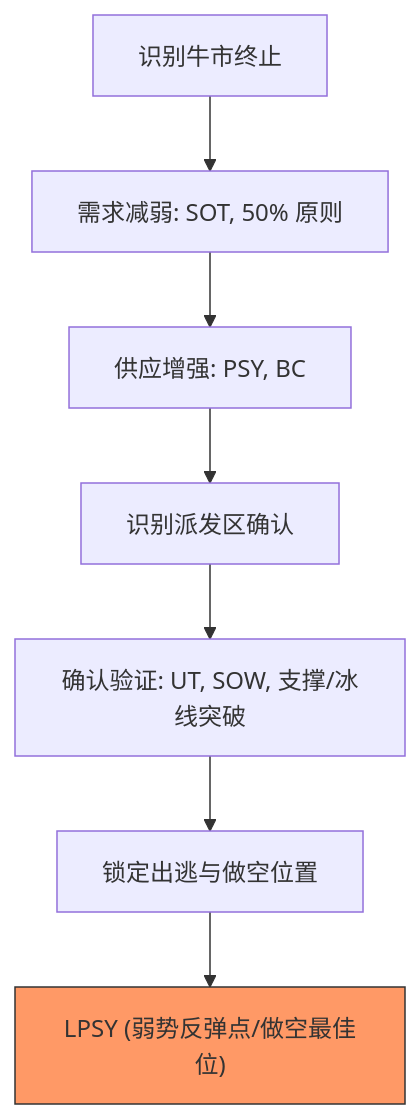
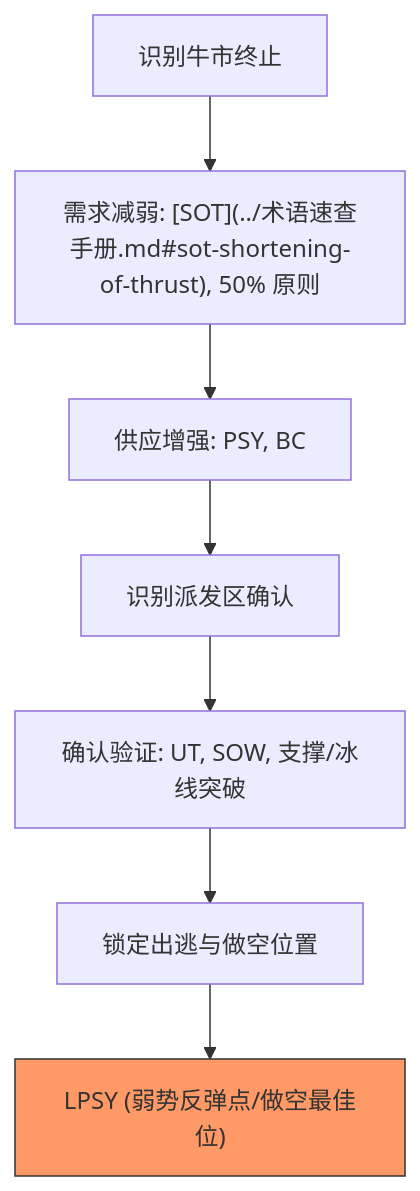
Before and after one commit to bigzhu/Wyckoff: the diagram in docs/第三章_威氏逃顶策略/第五节_总结.md, drawn with Mermaid. The commit also changed 9 other files, not shown here.

````diff
--- a/docs/第三章_威氏逃顶策略/第五节_总结.md
+++ b/docs/第三章_威氏逃顶策略/第五节_总结.md
@@ -11,10 +11,10 @@
 ```mermaid
 graph TD
-    A[识别牛市终止] --> B["需求减弱: SOT, 50% 原则"]
+    A[识别牛市终止] --> B["需求减弱: [SOT](../术语速查手册.md#sot-shortening-of-thrust), 50% 原则"]
     B --> C["供应增强: PSY, BC"]
     C --> D[识别派发区确认]
     D --> E["确认验证: UT, SOW, 支撑/冰线突破"]
     E --> F[锁定出逃与做空位置]
     F --> G["LPSY (弱势反弹点/做空最佳位)"]
     style G fill:#f96,stroke:#333
 ```
````
